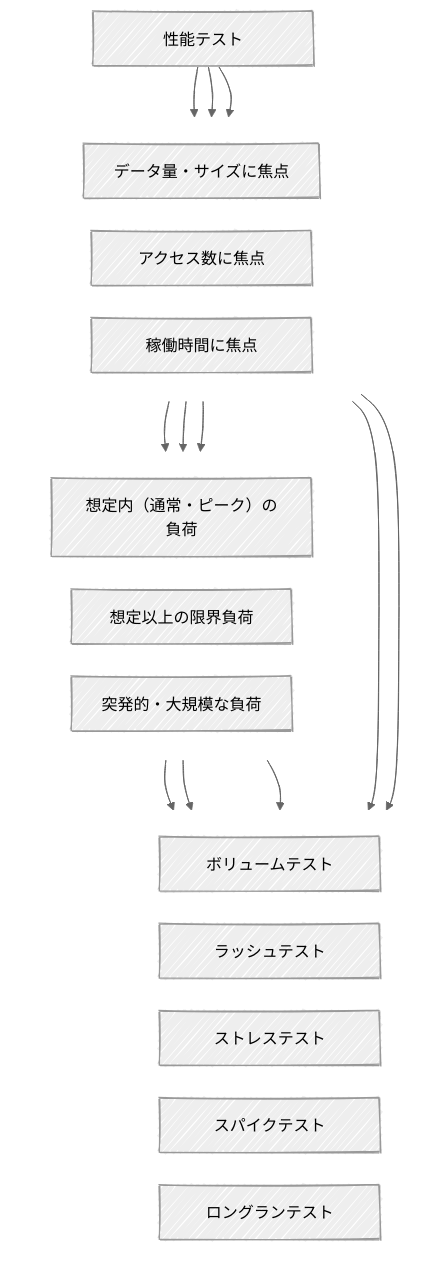
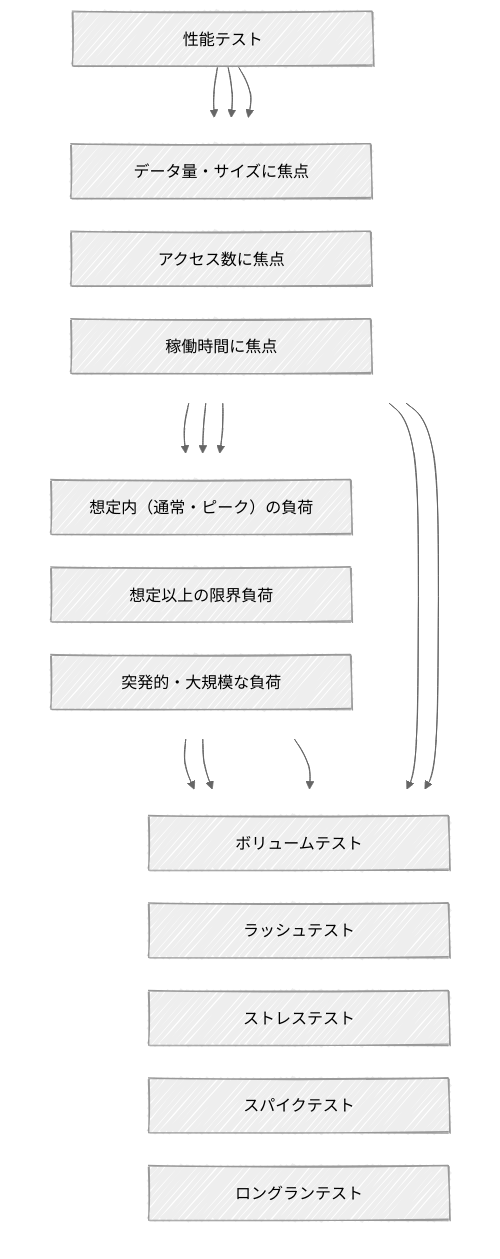
One commit to future-architect/arch-guidelines changed the first of 4 diagrams in documents/forPerformanceTest/performance_test.md. Above: the diagram before and after it, drawn with Mermaid. The commit also changed other lines of this file and 16 other files, not shown here.

````diff
--- a/documents/forPerformanceTest/performance_test.md
+++ b/documents/forPerformanceTest/performance_test.md
@@ -68,57 +61,55 @@
 ```mermaid
 ---
 config:
   theme: neutral
-  themeVariables:
-    fontFamily: '"M PLUS 1"'
   layout: dagre
   look: handDrawn
   flowchart:
     htmlLabels: true
     nodeSpacing: 30
     rankSpacing: 50
 ---
 flowchart TB
-    classDef nodeLabel min-width:160px;
+    classDef nodeLabel min-width:240px;
 
     Root["性能テスト"]
 
     subgraph Layer2 [" "]
       direction LR
       Data["データ量・サイズに焦点"]
       Load["アクセス数に焦点"]
       Time["稼働時間に焦点"]
     end
 
     subgraph Layer3 [" "]
       direction LR
       Normal["想定内（通常・ピーク）の負荷"]
       Over["想定以上の限界負荷"]
       Sudden["突発的・大規模な負荷"]
     end
 
     subgraph Layer4 [" "]
       direction LR
       Volume["ボリュームテスト"]
       Rush["ラッシュテスト"]
       Stress["ストレステスト"]
       Spike["スパイクテスト"]
       Long["ロングランテスト"]
     end
 
     Root --> Data
     Root --> Load
     Root --> Time
 
     Data --> Volume
     Load --> Normal & Over & Sudden
     Time --> Long
 
     Normal --> Rush
     Over --> Stress
     Sudden --> Spike
 
     style Layer2 fill:none,stroke:none
     style Layer3 fill:none,stroke:none
     style Layer4 fill:none,stroke:none
 ```
````
